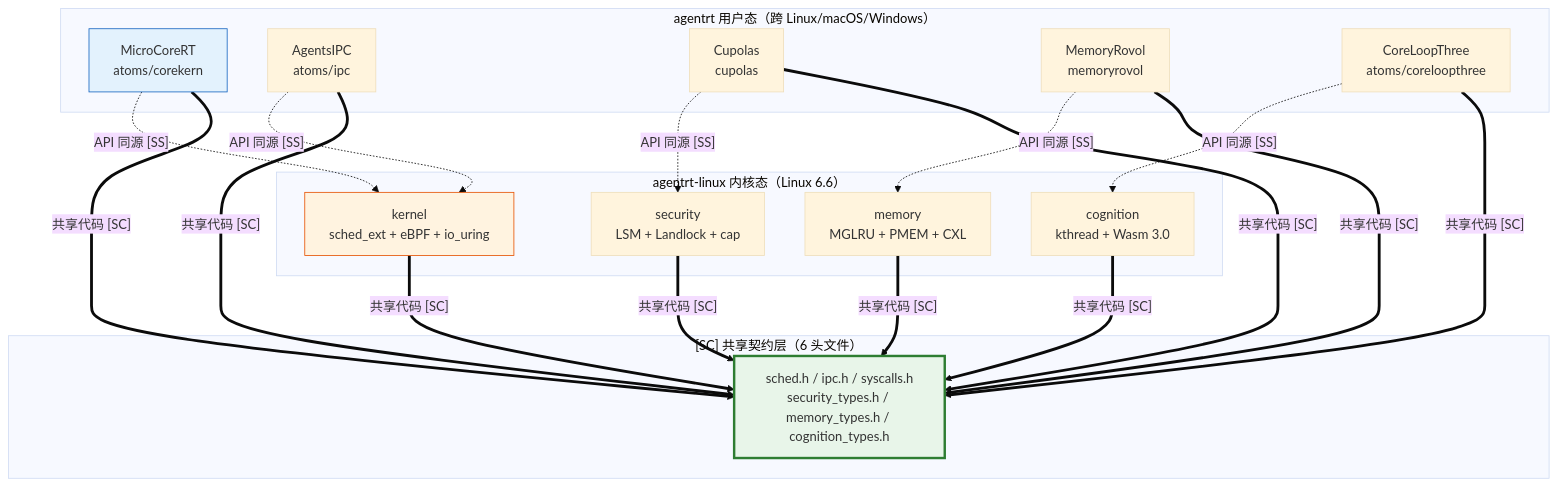
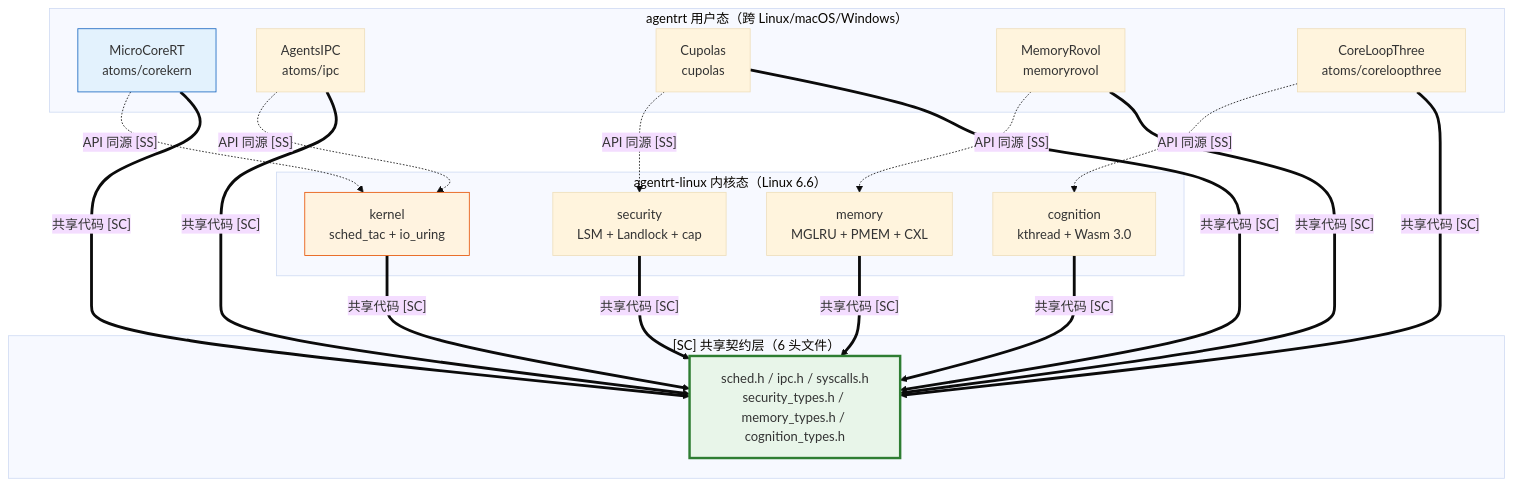
One commit to openairymax/docs-linux changed the diagram in 10-architecture/01-system-architecture.md. Above: the diagram before and after it, drawn with Mermaid (base theme). The commit also changed other lines of this file and 181 other files, not shown here.

Commit message:
docs: 批量更新文档中的IRON-9版本与调度器命名 1. 将所有IRON-9 v2引用升级为IRON-9 v3，统一四层共享模型版本号 2. 将方案C-Prime、AIRY_SCHED_AGENT相关表述替换为sched_tac、stc_agent 3. 更新OpenStandards/README.md的许可证信息为CC-BY-4.0

````diff
--- a/10-architecture/01-system-architecture.md
+++ b/10-architecture/01-system-architecture.md
@@ -290,41 +290,41 @@
 ```mermaid
 graph TB
     subgraph "agentrt 用户态（跨 Linux/macOS/Windows）"
         RT_CORE[MicroCoreRT<br/>atoms/corekern]
         RT_IPC[AgentsIPC<br/>atoms/ipc]
         RT_SEC[Cupolas<br/>cupolas]
         RT_MEM[MemoryRovol<br/>memoryrovol]
         RT_COG[CoreLoopThree<br/>atoms/coreloopthree]
     end
 
     subgraph "agentrt-linux 内核态（Linux 6.6）"
-        OS_KERN[kernel<br/>sched_ext + eBPF + io_uring]
+        OS_KERN[kernel<br/>sched_tac + io_uring]
         OS_SEC[security<br/>LSM + Landlock + cap]
         OS_MEM[memory<br/>MGLRU + PMEM + CXL]
         OS_COG[cognition<br/>kthread + Wasm 3.0]
     end
 
     subgraph "[SC] 共享契约层（6 头文件）"
         SC[sched.h / ipc.h / syscalls.h<br/>security_types.h / memory_types.h / cognition_types.h]
     end
 
     RT_CORE -.->|"API 同源 [SS]"| OS_KERN
     RT_IPC -.->|"API 同源 [SS]"| OS_KERN
     RT_SEC -.->|"API 同源 [SS]"| OS_SEC
     RT_MEM -.->|"API 同源 [SS]"| OS_MEM
     RT_COG -.->|"API 同源 [SS]"| OS_COG
 
     RT_CORE ==>|"共享代码 [SC]"| SC
     RT_IPC ==>|"共享代码 [SC]"| SC
     RT_SEC ==>|"共享代码 [SC]"| SC
     RT_MEM ==>|"共享代码 [SC]"| SC
     RT_COG ==>|"共享代码 [SC]"| SC
     OS_KERN ==>|"共享代码 [SC]"| SC
     OS_SEC ==>|"共享代码 [SC]"| SC
     OS_MEM ==>|"共享代码 [SC]"| SC
     OS_COG ==>|"共享代码 [SC]"| SC
 
     style SC fill:#e8f5e9,stroke:#2e7d32,stroke-width:3px
     style RT_CORE fill:#e3f2fd,stroke:#1565c0
     style OS_KERN fill:#fff3e0,stroke:#e65100
 ```
````
